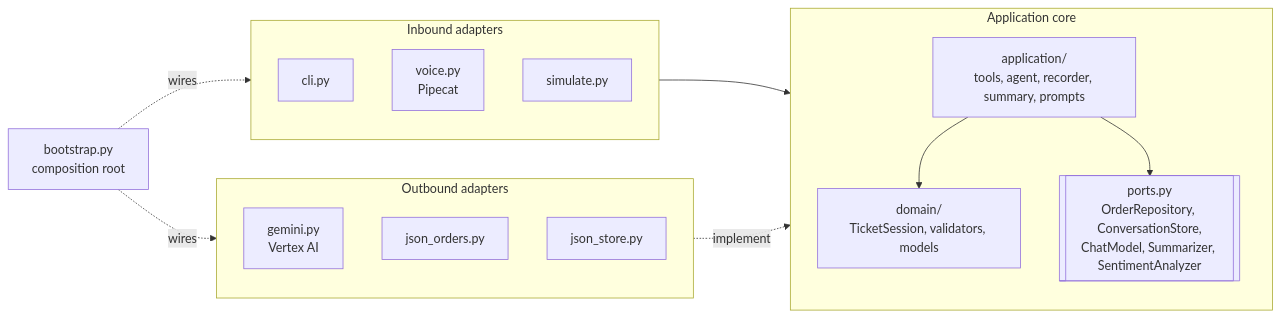
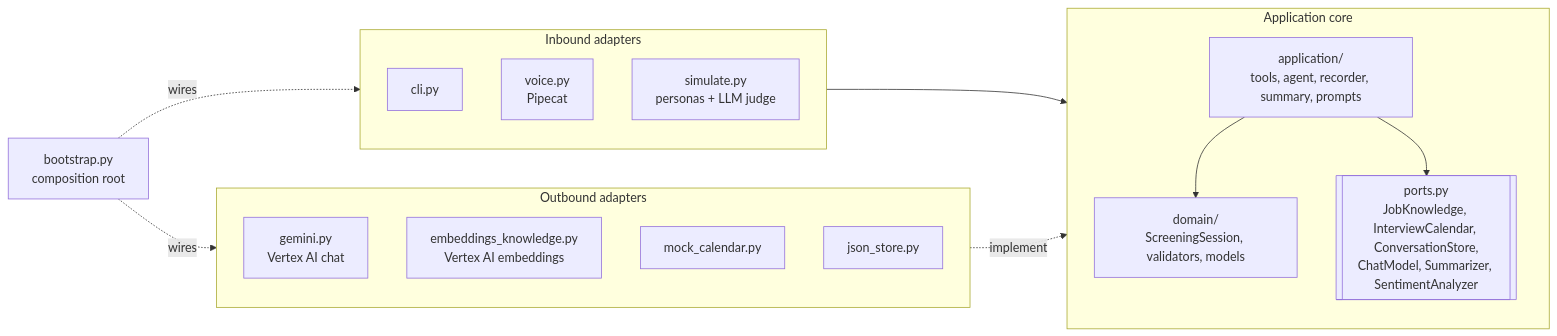
One commit to aesbetancourt/voice-support-agent changed the second of 2 diagrams in README.md. Above: the diagram before and after it, drawn with Mermaid. The commit also changed other lines of this file and 63 other files, not shown here.

````diff
--- a/README.md
+++ b/README.md
@@ -143,24 +150,25 @@
 ```mermaid
 flowchart LR
     subgraph IN[Inbound adapters]
         CLI[cli.py]
         VOICE[voice.py<br/>Pipecat]
-        SIM[simulate.py]
+        SIM[simulate.py<br/>personas + LLM judge]
     end
     subgraph HEX[Application core]
         direction TB
         APP[application/<br/>tools, agent, recorder, summary, prompts]
-        PORTS[[ports.py<br/>OrderRepository, ConversationStore,<br/>ChatModel, Summarizer, SentimentAnalyzer]]
-        DOM[domain/<br/>TicketSession, validators, models]
+        PORTS[[ports.py<br/>JobKnowledge, InterviewCalendar, ConversationStore,<br/>ChatModel, Summarizer, SentimentAnalyzer]]
+        DOM[domain/<br/>ScreeningSession, validators, models]
         APP --> DOM
         APP --> PORTS
     end
     subgraph OUT[Outbound adapters]
-        GEM[gemini.py<br/>Vertex AI]
-        JO[json_orders.py]
+        GEM[gemini.py<br/>Vertex AI chat]
+        EMB[embeddings_knowledge.py<br/>Vertex AI embeddings]
+        CAL[mock_calendar.py]
         JS[json_store.py]
     end
     IN --> APP
     OUT -. implement .-> PORTS
     BOOT[bootstrap.py<br/>composition root] -. wires .-> IN & OUT
 ```
````
